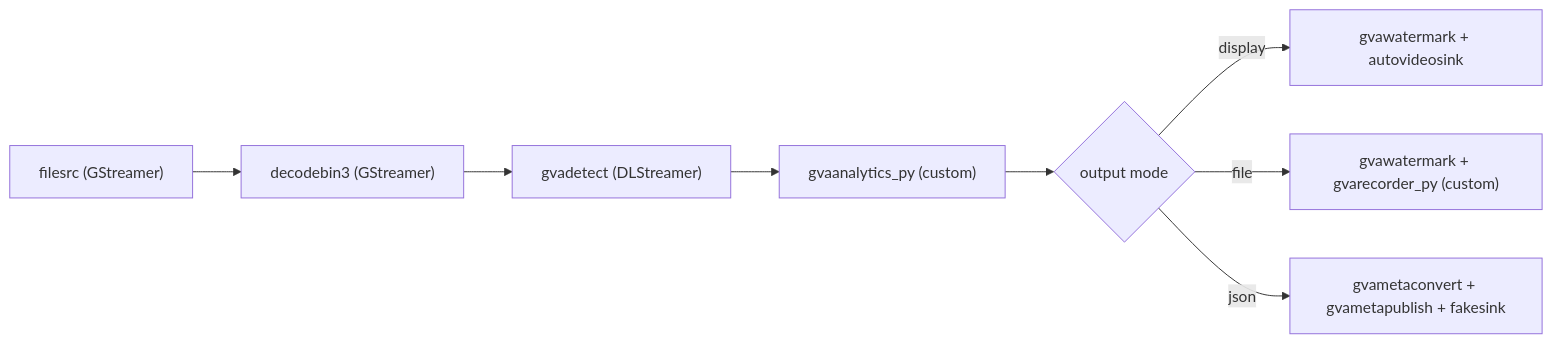
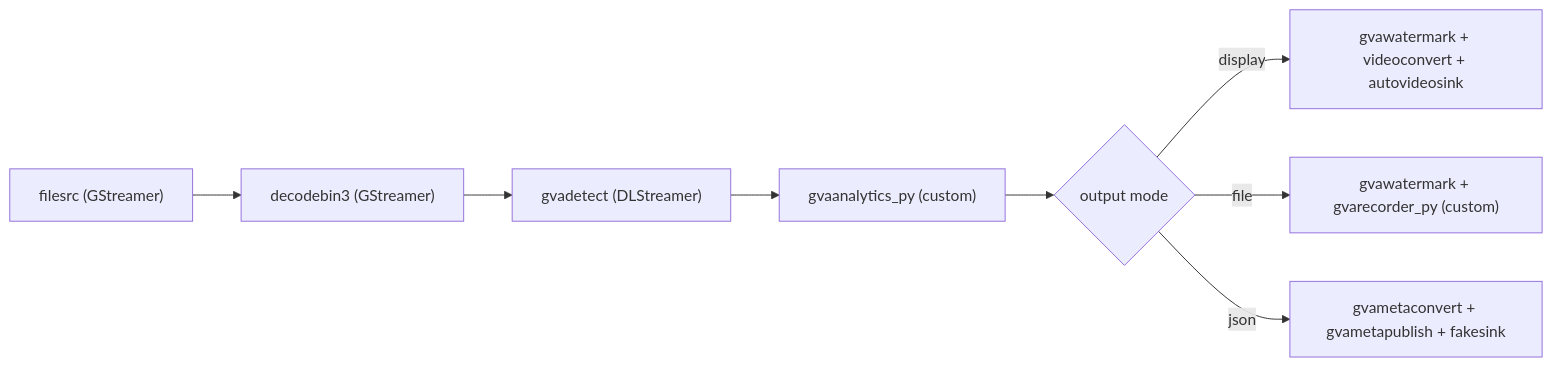
Before and after one commit to open-edge-platform/dlstreamer: the diagram in samples/gstreamer/python/smart_nvr/README.md, drawn with Mermaid. The commit also changed other lines of this file and 1 other file, not shown here.

Commit message:
Fix display output

````diff
--- a/samples/gstreamer/python/smart_nvr/README.md
+++ b/samples/gstreamer/python/smart_nvr/README.md
@@ -13,10 +13,10 @@
 ```mermaid
 graph LR
         A["filesrc (GStreamer)"] --> B["decodebin3 (GStreamer)"]
         B --> C["gvadetect (DLStreamer)"]
         C --> D["gvaanalytics_py (custom)"]
         D --> E{output mode}
-        E -->|display| F["gvawatermark + autovideosink"]
+        E -->|display| F["gvawatermark + videoconvert + autovideosink"]
         E -->|file| G["gvawatermark + gvarecorder_py (custom)"]
         E -->|json| H["gvametaconvert + gvametapublish + fakesink"]
 ```
````
